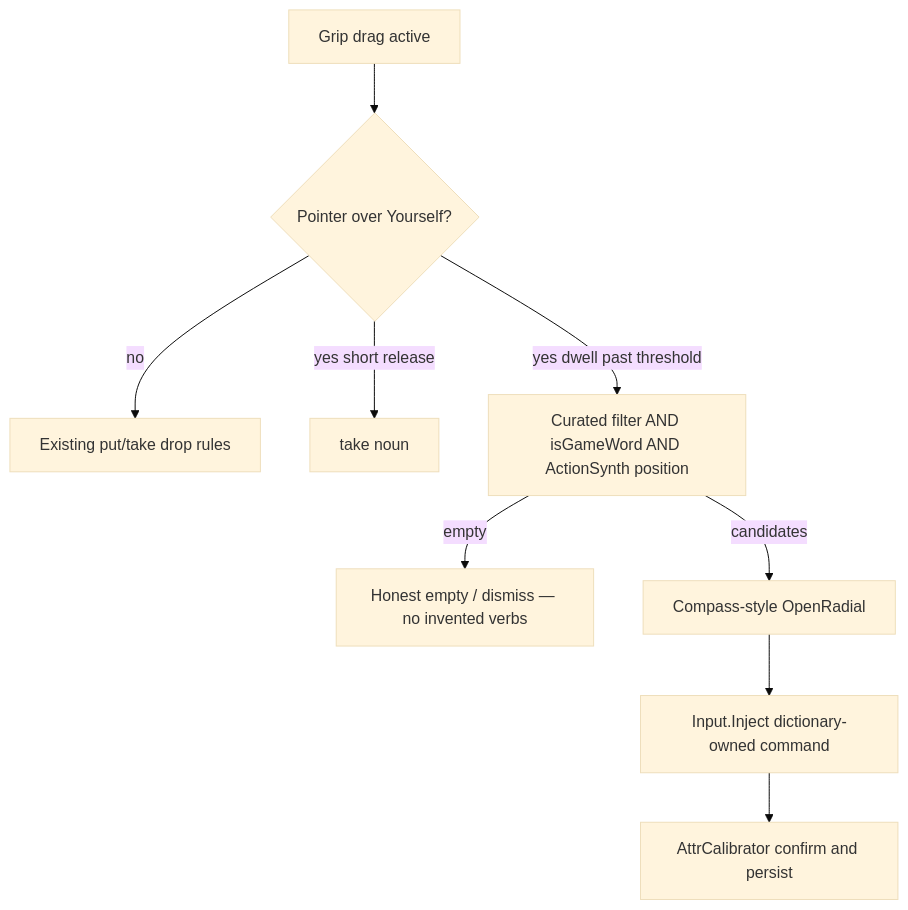
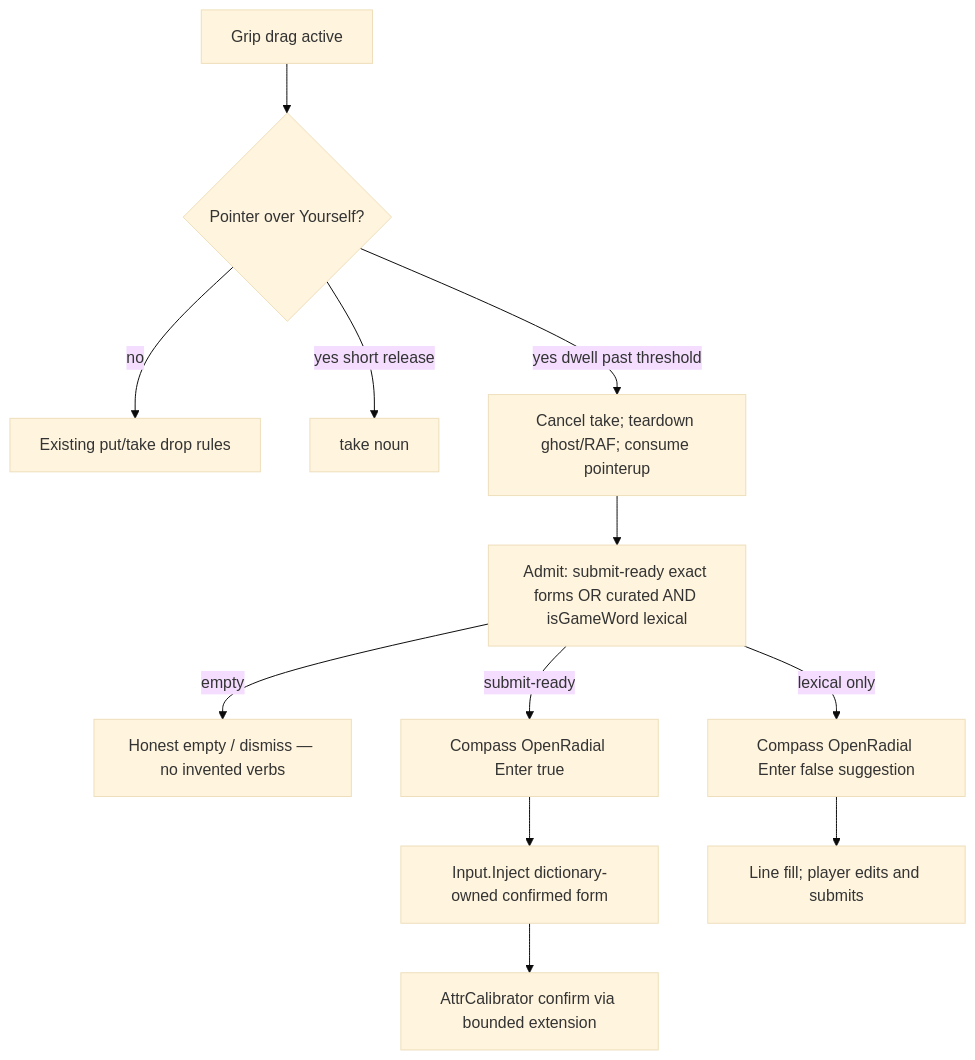
Before and after one commit to Hymlock/ParchLock: diagram 54 of 54 in ARCHITECTURE_UML.md, drawn with Mermaid (base theme). The commit also changed other lines of this file and 1 other file, not shown here.

First line of the commit message:
Amend D205 for Codex #1015 F1-F5 (docs only).

````diff
--- a/ARCHITECTURE_UML.md
+++ b/ARCHITECTURE_UML.md
@@ -3586,11 +3598,14 @@
 ```mermaid
 flowchart TD
   Drag[Grip drag active] --> Over{Pointer over Yourself?}
   Over -->|no| Drop[Existing put/take drop rules]
   Over -->|yes short release| Take["take noun"]
-  Over -->|yes dwell past threshold| Gate[Curated filter AND isGameWord AND ActionSynth position]
+  Over -->|yes dwell past threshold| Own[Cancel take; teardown ghost/RAF; consume pointerup]
+  Own --> Gate[Admit: submit-ready exact forms OR curated AND isGameWord lexical]
   Gate -->|empty| None[Honest empty / dismiss — no invented verbs]
-  Gate -->|candidates| Radial[Compass-style OpenRadial]
-  Radial --> Submit[Input.Inject dictionary-owned command]
-  Submit --> Learn[AttrCalibrator confirm and persist]
+  Gate -->|submit-ready| RadialS[Compass OpenRadial Enter true]
+  Gate -->|lexical only| RadialE[Compass OpenRadial Enter false suggestion]
+  RadialS --> Submit[Input.Inject dictionary-owned confirmed form]
+  RadialE --> Edit[Line fill; player edits and submits]
+  Submit --> Learn[AttrCalibrator confirm via bounded extension]
 ```
````
